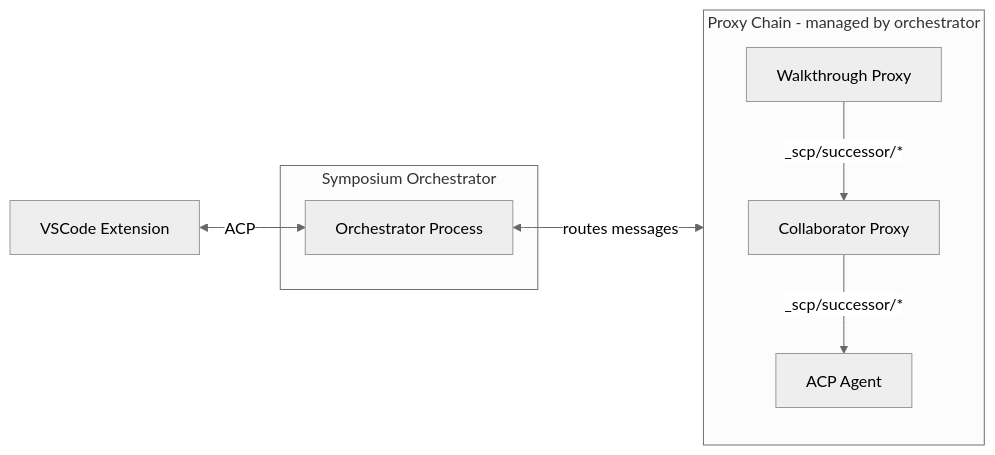
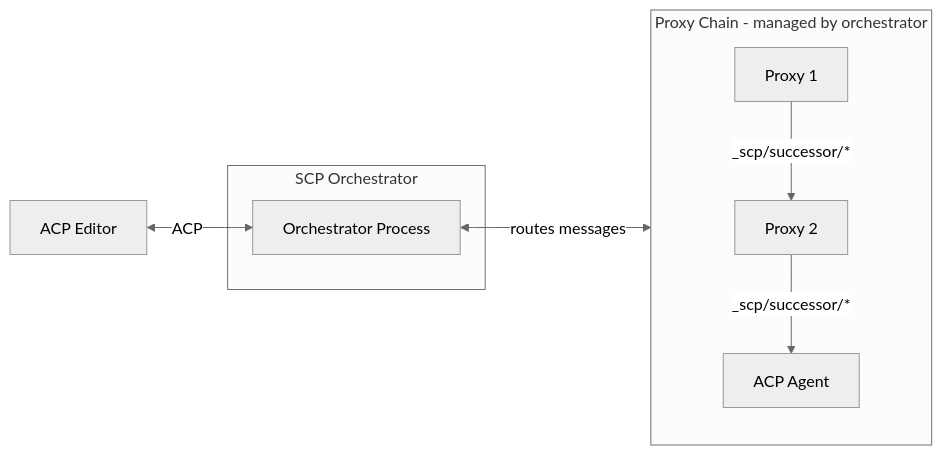
The first of 2 diagrams in md/rfds/draft/symposium-component-protocol.md (socratic-shell/symposium), drawn with Mermaid (neutral theme) before and after one commit. The commit also changed other lines of this file, not shown here.

First line of the commit message:
docs(scp): refocus RFD on core proxy chain protocol

````diff
--- a/md/rfds/draft/symposium-component-protocol.md
+++ b/md/rfds/draft/symposium-component-protocol.md
@@ -39,20 +47,20 @@
 ```mermaid
 flowchart LR
-    Editor[VSCode Extension]
+    Editor[ACP Editor]
     
-    subgraph Orchestrator[Symposium Orchestrator]
+    subgraph Orchestrator[SCP Orchestrator]
         O[Orchestrator Process]
     end
     
     subgraph ProxyChain[Proxy Chain - managed by orchestrator]
-        P1[Walkthrough Proxy]
-        P2[Collaborator Proxy]
+        P1[Proxy 1]
+        P2[Proxy 2]
         Agent[ACP Agent]
         
         P1 -->|_scp/successor/*| P2
         P2 -->|_scp/successor/*| Agent
     end
     
     Editor <-->|ACP| O
     O <-->|routes messages| ProxyChain
 ```
````
